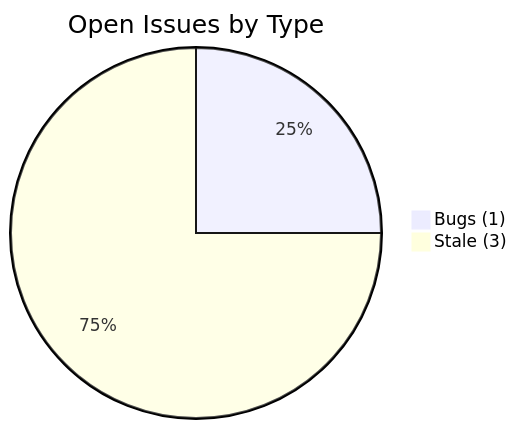
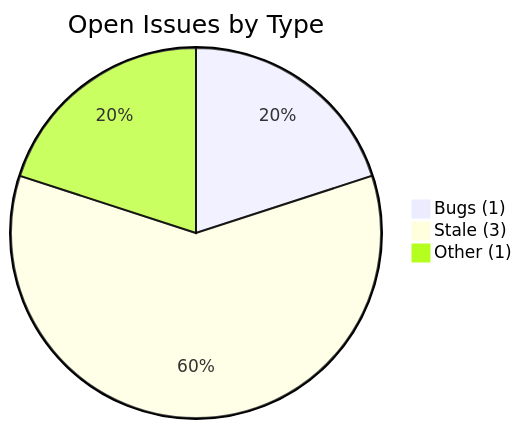
The second of 4 diagrams in docs/tracker.md (Nitsur10/invoice-dashboard-deploy), drawn with Mermaid before and after one commit. The commit also changed other lines of this file and 1 other file, not shown here.

````diff
--- a/docs/tracker.md
+++ b/docs/tracker.md
@@ -30,8 +30,8 @@
 ```mermaid
 pie title Open Issues by Type
     
     "Bugs (1)" : 1
     "Stale (3)" : 3
-    
+    "Other (1)" : 1
     
 ```
````
